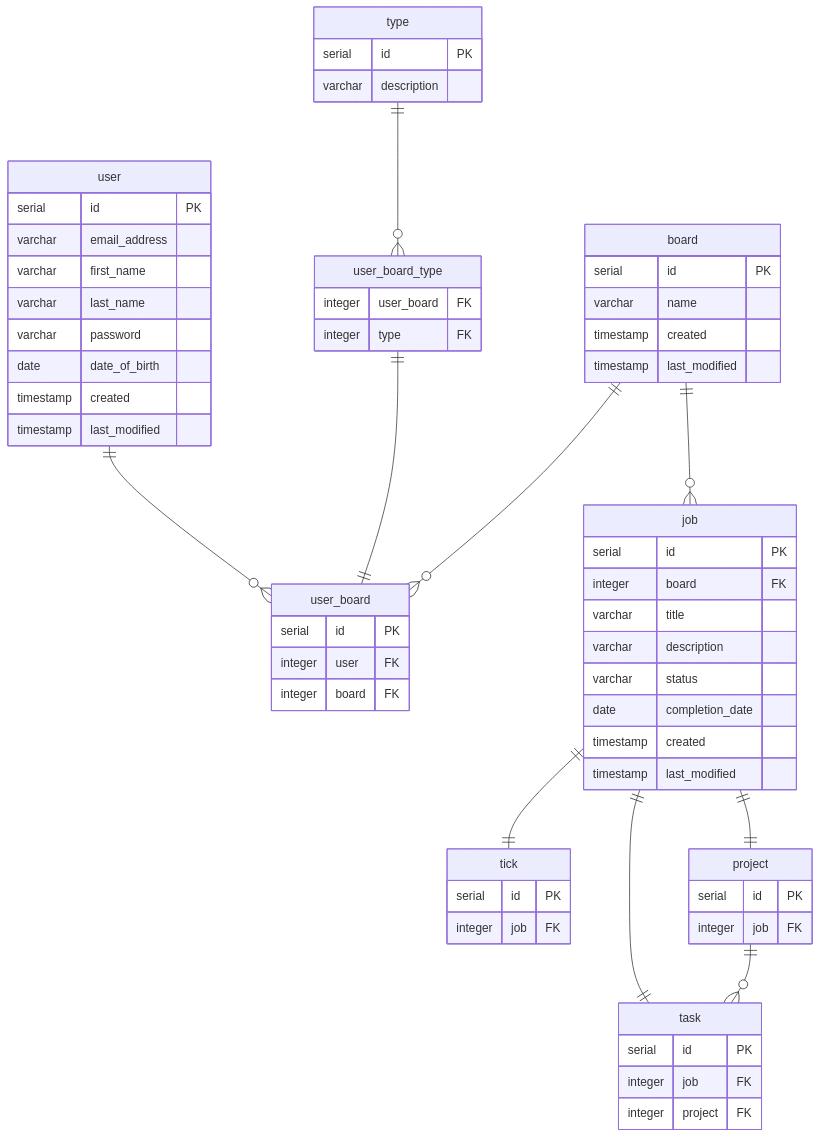
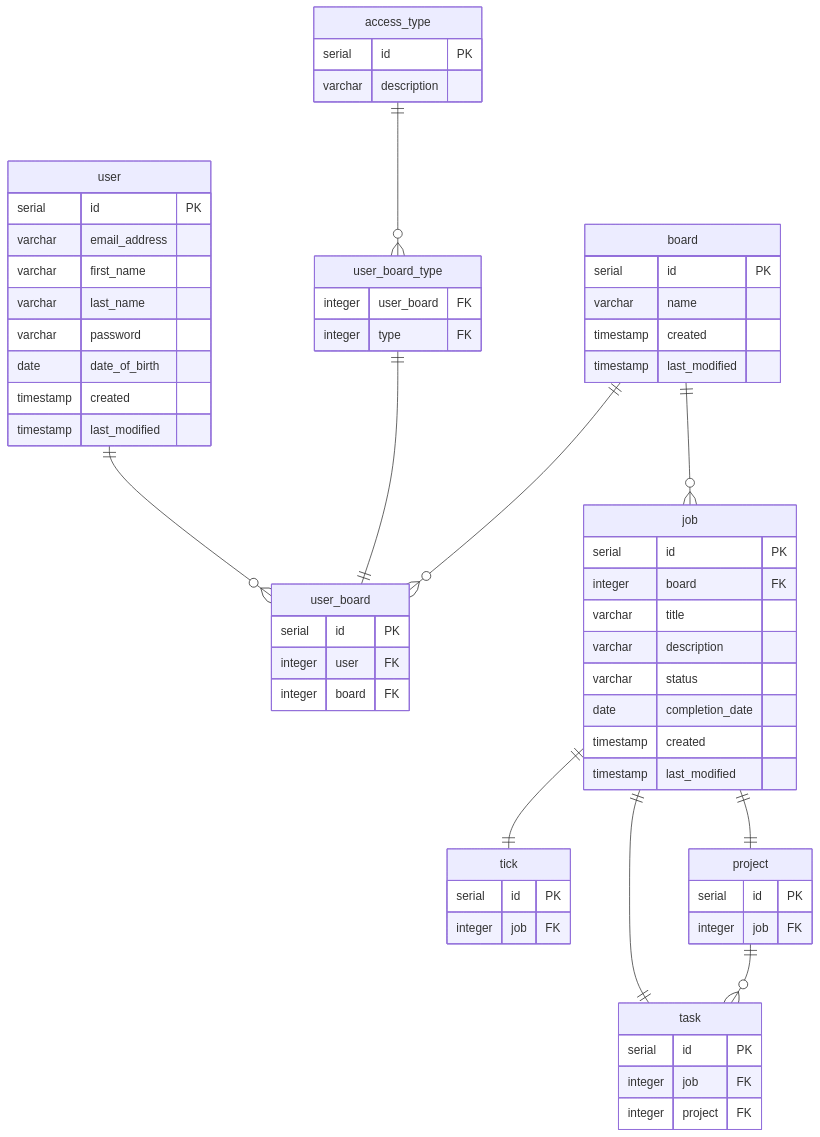
One commit to lmckinley09/CoE-Todo changed the second of 2 diagrams in README.md. Above: the diagram before and after it, drawn with Mermaid.

````diff
--- a/README.md
+++ b/README.md
@@ -45,74 +45,74 @@
 ```mermaid
 erDiagram
  user ||--o{ user_board : ""
  user_board_type ||--|| user_board : ""
  board ||--o{ user_board : ""
  board ||--o{ job : ""
- type ||--o{ user_board_type : ""
+ access_type ||--o{ user_board_type : ""
  job ||--|| tick : ""
  job ||--|| task : ""
  job ||--|| project : ""
  project ||--o{ task : ""
 
     user {
         serial id PK
         varchar email_address
         varchar first_name
         varchar last_name
         varchar password
         date date_of_birth
         timestamp created
         timestamp last_modified
     }
     
     user_board_type {
         integer user_board FK
         integer type FK
     }
     
     user_board {
         serial id PK
         integer user FK
         integer board FK
     }
     
-    type {
+    access_type {
         serial id PK
         varchar description 
     }
     
     board {
         serial id PK
         varchar name
         timestamp created
         timestamp last_modified
     }
     
     job {
         serial id PK
         integer board FK
         varchar title
         varchar description
         varchar status
         date completion_date
         timestamp created
         timestamp last_modified
     }
     
     tick {
         serial id PK
         integer job FK
     }
     
      task {
         serial id PK
         integer job FK
         integer project FK
     }
     
      project {
         serial id PK
         integer job FK
     }
 
 ```
````
